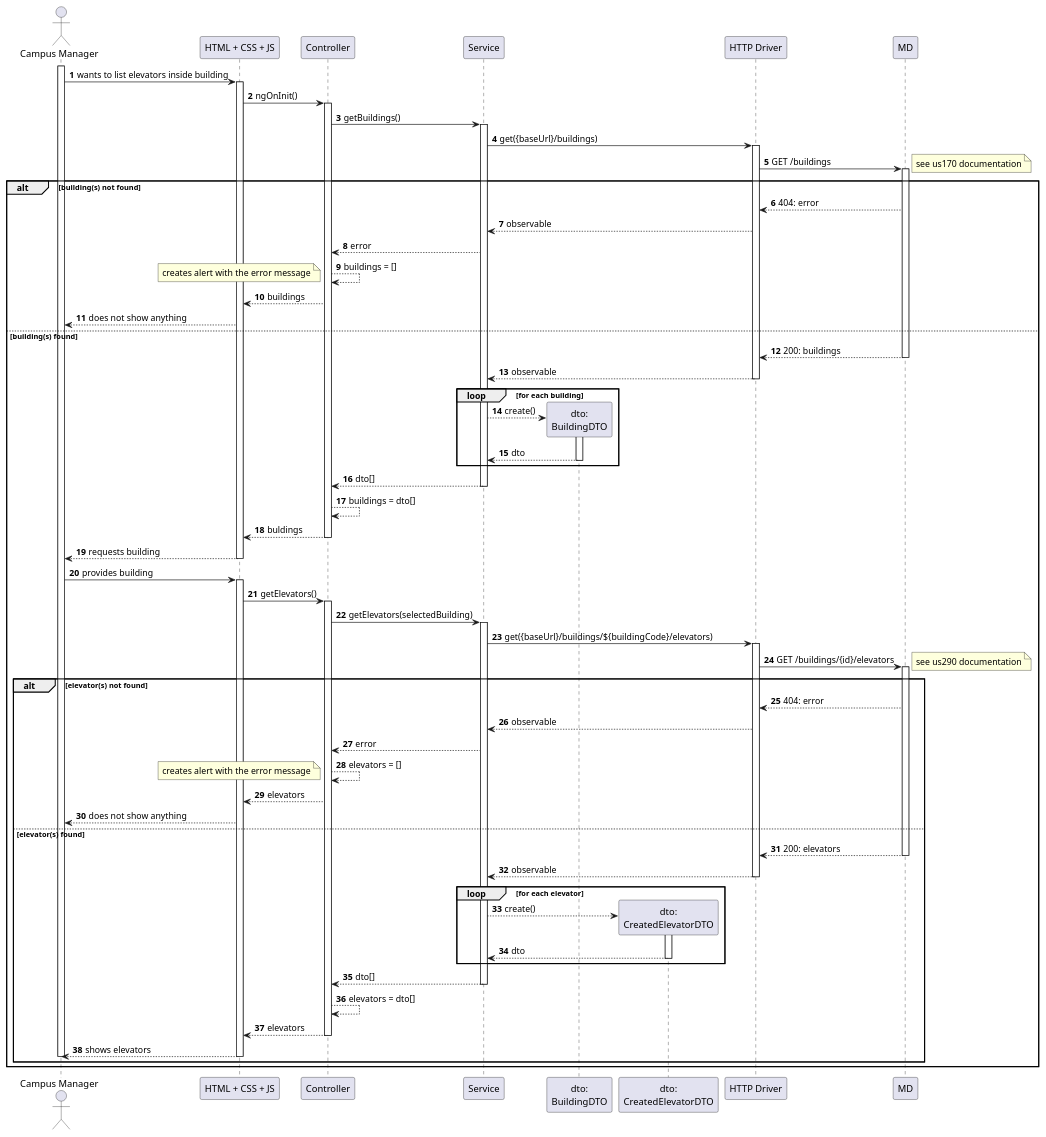
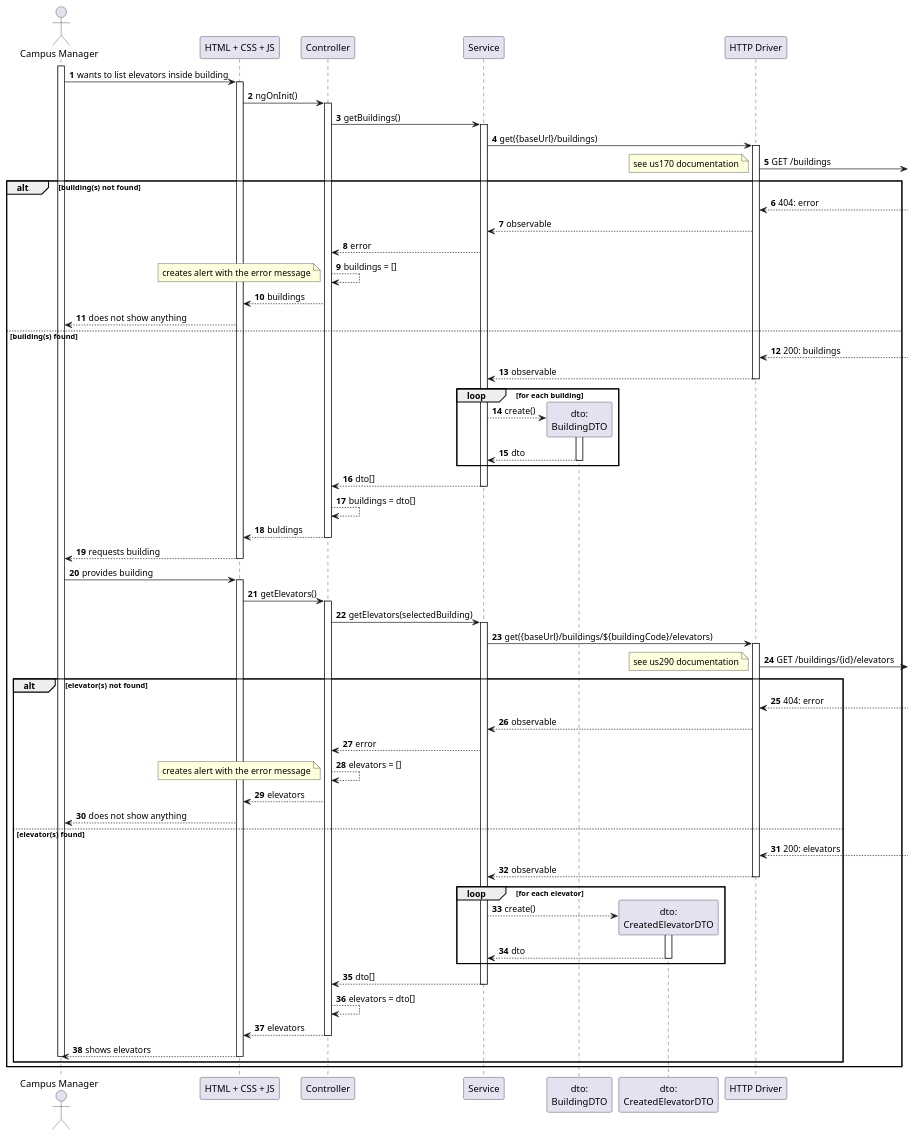
One commit to Departamento-de-Engenharia-Informatica/lapr5-23-24-g19 changed the diagram in docs/us1140/level3/process-view.puml. Above: the diagram before and after it, drawn with PlantUML. The commit also changed 5 other files, not shown here.

```diff
--- a/docs/us1140/level3/process-view.puml
+++ b/docs/us1140/level3/process-view.puml
@@ -1,110 +1,110 @@
 @startuml
 autonumber
 
 actor "Campus Manager" as usr
 
 participant "HTML + CSS + JS" as view
 participant "Controller" as ctrl
 participant "Service" as svc
 participant "dto:\nBuildingDTO" as dto
 participant "dto:\nCreatedElevatorDTO" as dtoce
 
 participant "HTTP Driver" as http
 
-participant "MD" as md
+
 
 activate usr
     usr -> view : wants to list elevators inside building
     activate view
         view -> ctrl : ngOnInit()
         activate ctrl
             ctrl -> svc : getBuildings()
             activate svc
                 svc -> http : get({baseUrl}/buildings)
                 activate http
-                    http -> md : GET /buildings
-                    activate md
+                    http ->] : GET /buildings
+
                     note right : see us170 documentation
     alt building(s) not found
-                        md --> http : 404: error
+                         http <--]: 404: error
                         http --> svc : observable
                         svc --> ctrl : error
                         ctrl --> ctrl : buildings = []
                         note bottom : creates alert with the error message
                         ctrl --> view : buildings
                         view --> usr : does not show anything
 
     else building(s) found
-                        md --> http : 200: buildings
-                    deactivate md
+                        http <--] : 200: buildings
+
 
                     http --> svc : observable
                 deactivate http
 
                 loop for each building
                     svc --> dto** : create()
                     activate dto
                         dto --> svc : dto
                     deactivate dto
                 end
 
                 svc --> ctrl : dto[]
             deactivate svc
             ctrl --> ctrl : buildings = dto[]
             ctrl --> view : buldings
         deactivate ctrl
 
 
 
 
 
         view --> usr : requests building
     deactivate view
 
     usr -> view : provides building
     activate view
         view -> ctrl : getElevators()
         activate ctrl
             ctrl -> svc : getElevators(selectedBuilding)
             activate svc
                 svc -> http : get({baseUrl}/buildings/${buildingCode}/elevators)
                 activate http
-                    http -> md : GET /buildings/{id}/elevators
-                    activate md
+                    http ->] : GET /buildings/{id}/elevators
+
                     note right : see us290 documentation
     alt elevator(s) not found
-                        md --> http : 404: error
+                        http <--] : 404: error
                         http --> svc : observable
                         svc --> ctrl : error
                         ctrl --> ctrl : elevators = []
                         note bottom : creates alert with the error message
                         ctrl --> view : elevators
                         view --> usr : does not show anything
 
     else elevator(s) found
-                        md --> http : 200: elevators
-                    deactivate md
+                        http <--] : 200: elevators
+
 
                     http --> svc : observable
                 deactivate http
 
                 loop for each elevator
                     svc --> dtoce** : create()
                     activate dtoce
                         dtoce --> svc : dto
                     deactivate dtoce
                 end
 
                 svc --> ctrl : dto[]
             deactivate svc
             ctrl --> ctrl : elevators = dto[]
             ctrl --> view : elevators
         deactivate ctrl
         view --> usr : shows elevators
     deactivate view
 deactivate usr
 
 end
 end
 
 @enduml
```
